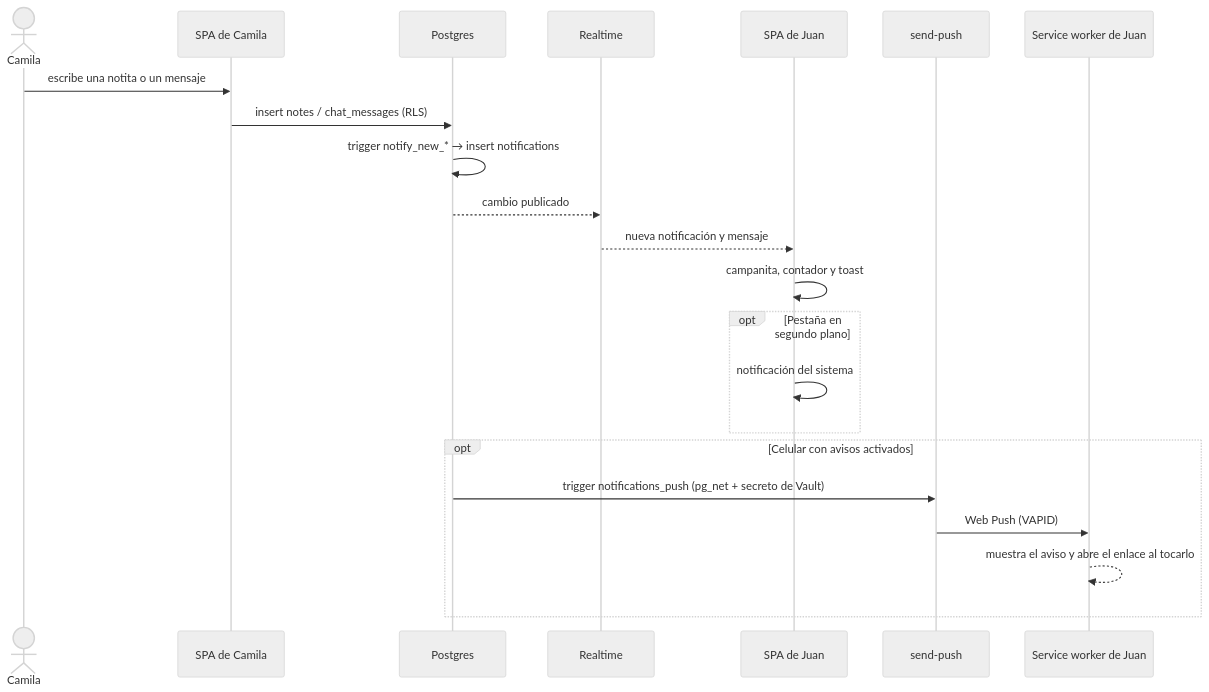
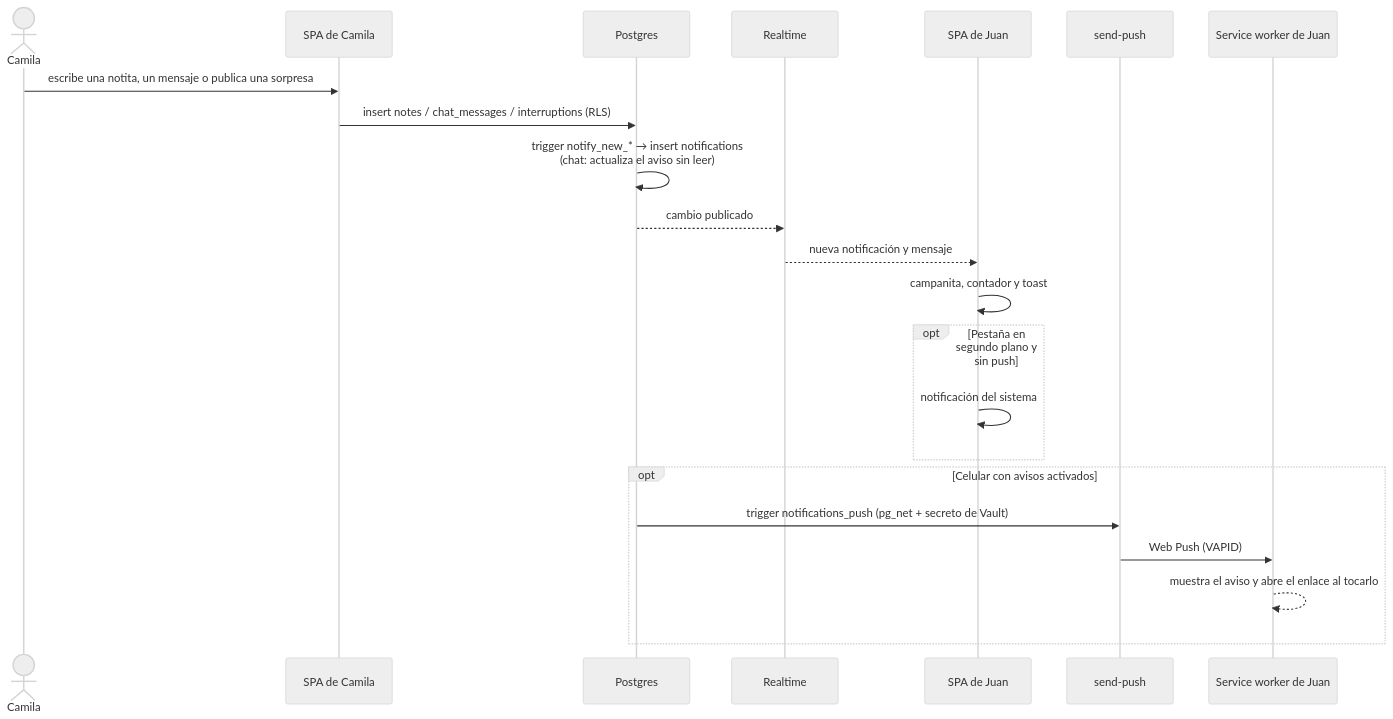
Before and after one commit to Juan-Carlos-Estevez-Vargas/Camila-Sanchez: the eighth of 20 diagrams in docs/DIAGRAMAS.md, drawn with Mermaid (neutral theme). The commit also changed other lines of this file, not shown here.

Commit message:
docs(diagramas): avisos en el celular, colores por persona y despliegue de push

````diff
--- a/docs/DIAGRAMAS.md
+++ b/docs/DIAGRAMAS.md
@@ -201,25 +207,25 @@
 ```mermaid
 sequenceDiagram
   actor C as Camila
   participant A as SPA de Camila
   participant DB as Postgres
   participant RT as Realtime
   participant B as SPA de Juan
   participant SP as send-push
   participant SW as Service worker de Juan
 
-  C->>A: escribe una notita o un mensaje
-  A->>DB: insert notes / chat_messages (RLS)
-  DB->>DB: trigger notify_new_* → insert notifications
+  C->>A: escribe una notita, un mensaje o publica una sorpresa
+  A->>DB: insert notes / chat_messages / interruptions (RLS)
+  DB->>DB: trigger notify_new_* → insert notifications<br/>(chat: actualiza el aviso sin leer)
   DB-->>RT: cambio publicado
   RT-->>B: nueva notificación y mensaje
   B->>B: campanita, contador y toast
-  opt Pestaña en segundo plano
+  opt Pestaña en segundo plano y sin push
     B->>B: notificación del sistema
   end
   opt Celular con avisos activados
     DB->>SP: trigger notifications_push (pg_net + secreto de Vault)
     SP->>SW: Web Push (VAPID)
     SW-->>SW: muestra el aviso y abre el enlace al tocarlo
   end
 ```
````
